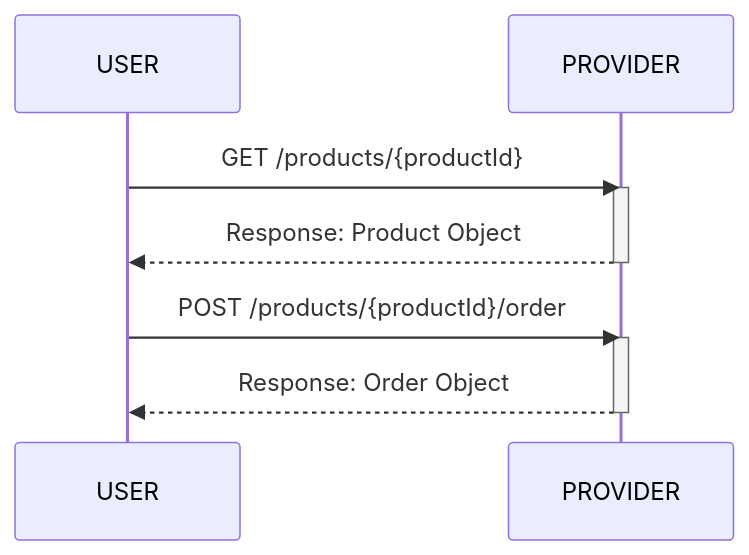
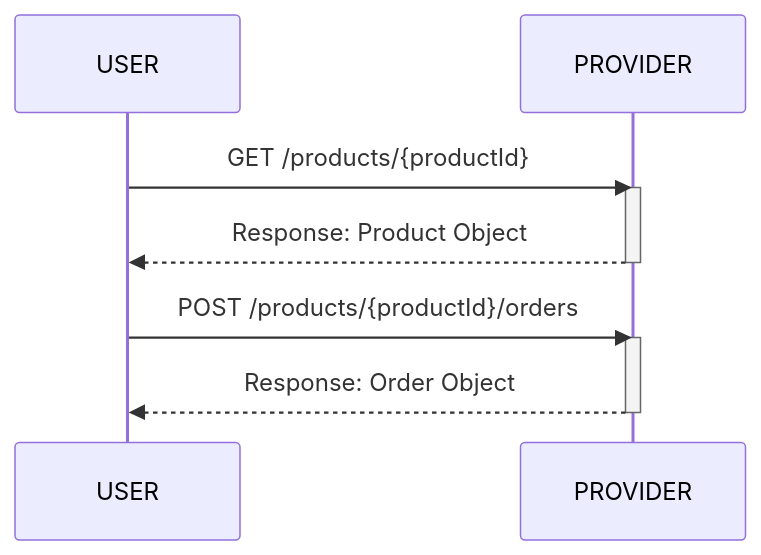
The third of 3 diagrams in README.md (stapi-spec/stapi-spec), drawn with Mermaid before and after one commit. The commit also changed other lines of this file and 3 other files, not shown here.

Commit message:
pluralize order status endpoint to statuses and order create endpoint to orders

````diff
--- a/README.md
+++ b/README.md
@@ -232,12 +234,12 @@
 ```mermaid
 sequenceDiagram
     USER->>PROVIDER: GET /products/{productId}
     activate PROVIDER
     PROVIDER-->>USER: Response: Product Object
     deactivate PROVIDER
 
-    USER->>PROVIDER: POST /products/{productId}/order
+    USER->>PROVIDER: POST /products/{productId}/orders
     activate PROVIDER
     PROVIDER-->>USER: Response: Order Object
     deactivate PROVIDER
 ```
````
